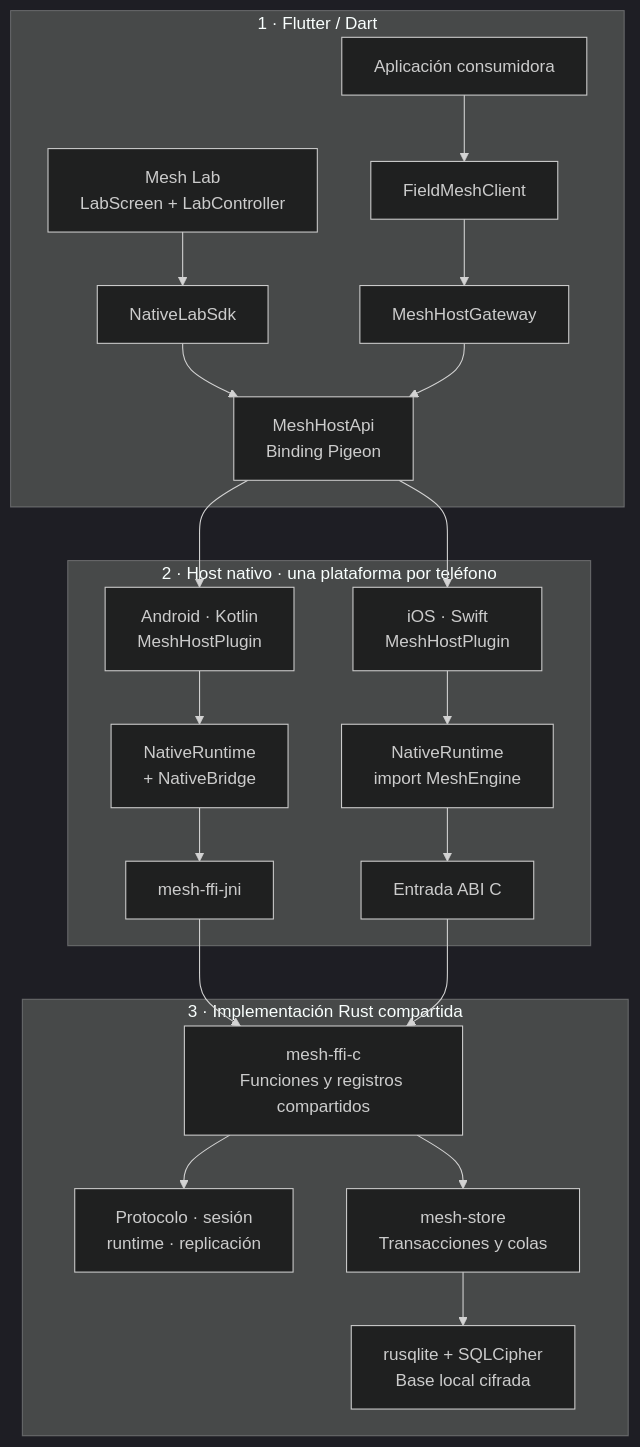
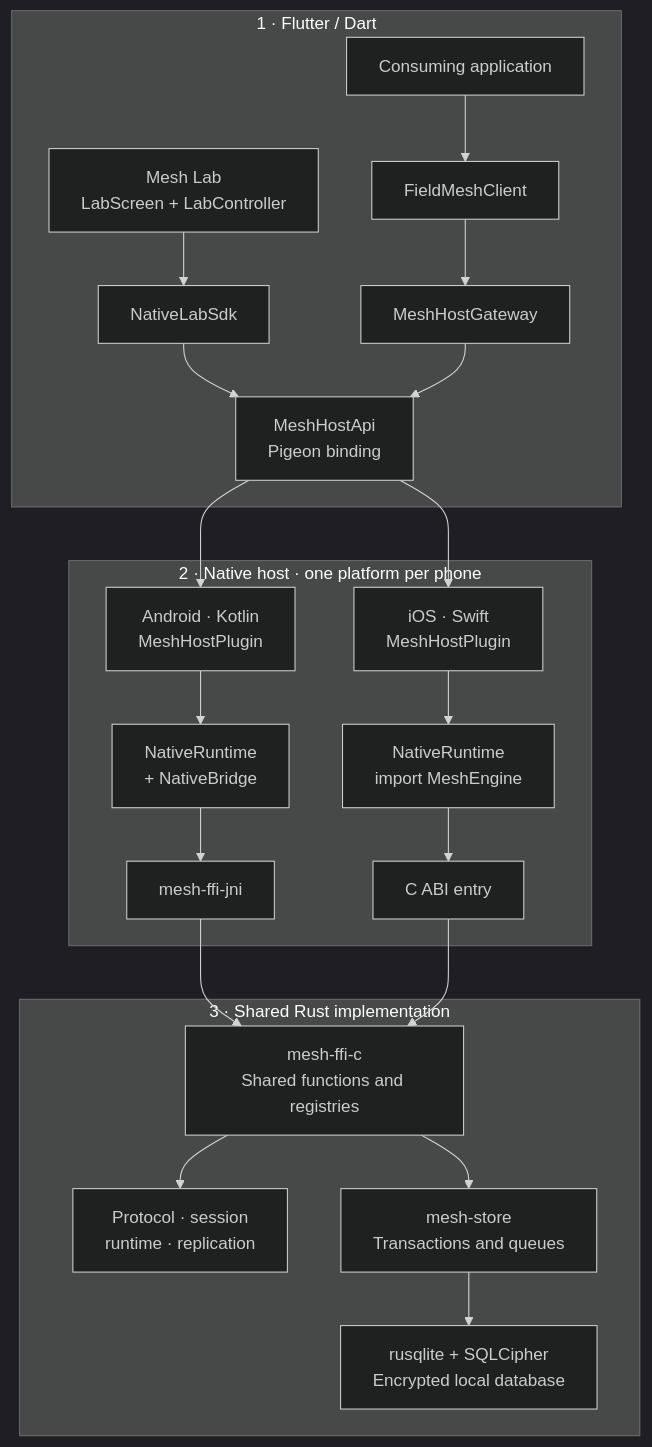
The first of 3 diagrams in README.md (Frazko/Mesh-Lab), drawn with Mermaid (dark theme) before and after one commit. The commit also changed other lines of this file and 1 other file, not shown here.

````diff
--- a/README.md
+++ b/README.md
@@ -79,29 +79,29 @@
 ```mermaid
 flowchart TB
     subgraph DartLayer["1 · Flutter / Dart"]
         Lab["Mesh Lab<br/>LabScreen + LabController"] --> LabAdapter["NativeLabSdk"]
-        Product["Aplicación consumidora"] --> SDK["FieldMeshClient"]
+        Product["Consuming application"] --> SDK["FieldMeshClient"]
         SDK --> Gateway["MeshHostGateway"]
-        LabAdapter --> API["MeshHostApi<br/>Binding Pigeon"]
+        LabAdapter --> API["MeshHostApi<br/>Pigeon binding"]
         Gateway --> API
     end
 
-    subgraph NativeLayer["2 · Host nativo · una plataforma por teléfono"]
+    subgraph NativeLayer["2 · Native host · one platform per phone"]
         Android["Android · Kotlin<br/>MeshHostPlugin"] --> ABridge["NativeRuntime<br/>+ NativeBridge"]
         ABridge --> JNI["mesh-ffi-jni"]
         Apple["iOS · Swift<br/>MeshHostPlugin"] --> IBridge["NativeRuntime<br/>import MeshEngine"]
-        IBridge --> CABI["Entrada ABI C"]
+        IBridge --> CABI["C ABI entry"]
     end
 
-    subgraph EngineLayer["3 · Implementación Rust compartida"]
-        SharedFFI["mesh-ffi-c<br/>Funciones y registros compartidos"]
-        SharedFFI --> Core["Protocolo · sesión<br/>runtime · replicación"]
-        SharedFFI --> Store["mesh-store<br/>Transacciones y colas"]
-        Store --> DB["rusqlite + SQLCipher<br/>Base local cifrada"]
+    subgraph EngineLayer["3 · Shared Rust implementation"]
+        SharedFFI["mesh-ffi-c<br/>Shared functions and registries"]
+        SharedFFI --> Core["Protocol · session<br/>runtime · replication"]
+        SharedFFI --> Store["mesh-store<br/>Transactions and queues"]
+        Store --> DB["rusqlite + SQLCipher<br/>Encrypted local database"]
     end
 
     API --> Android
     API --> Apple
     JNI --> SharedFFI
     CABI --> SharedFFI
 ```
````
